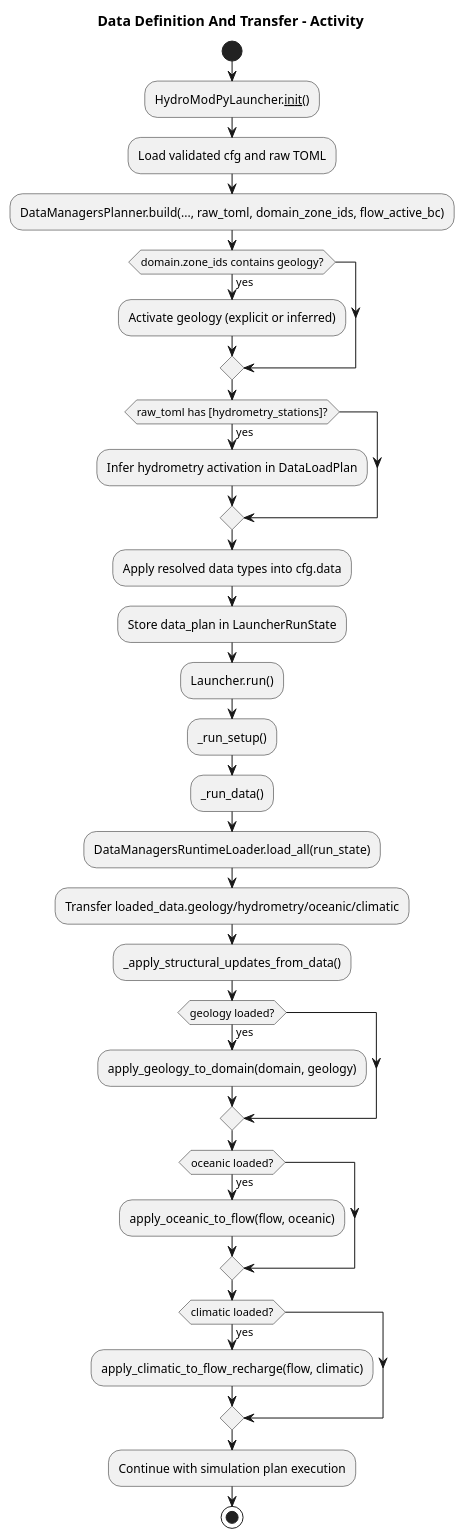
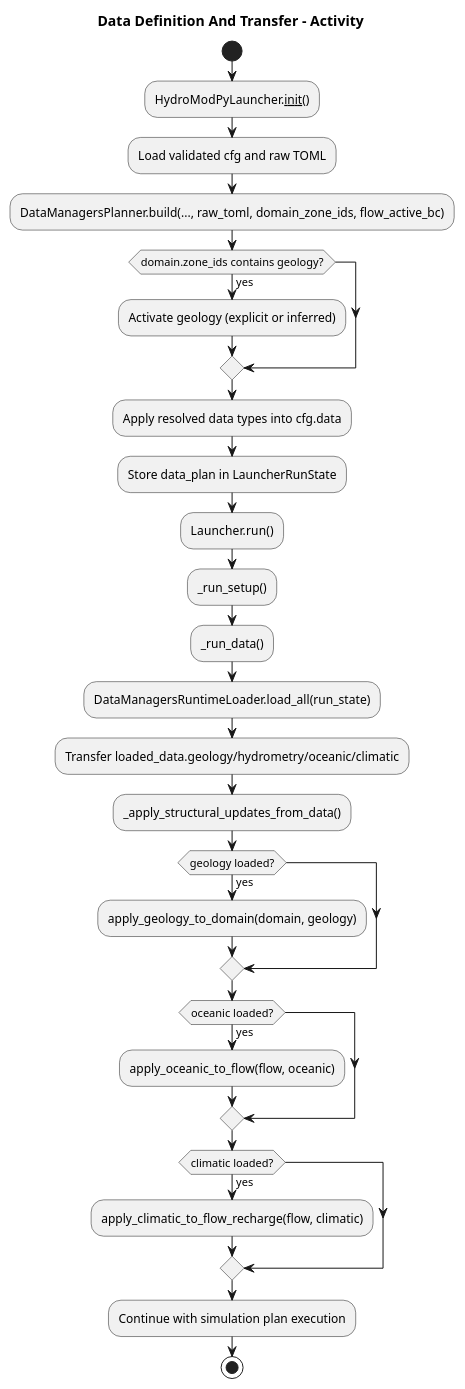
Before and after one commit to HydroModPy/HydroModPy: the diagram in docs/readthedocs/source/architecture/data_loading/diagrams/data_definition_transfer_activity.wsd, drawn with PlantUML. The commit also changed 52 other files, not shown here.

```diff
--- a/docs/readthedocs/source/architecture/data_loading/diagrams/data_definition_transfer_activity.wsd
+++ b/docs/readthedocs/source/architecture/data_loading/diagrams/data_definition_transfer_activity.wsd
@@ -1,39 +1,36 @@
 @startuml
 title Data Definition And Transfer - Activity
 
 start
 
 :HydroModPyLauncher.__init__();
 :Load validated cfg and raw TOML;
 
 :DataManagersPlanner.build(..., raw_toml, domain_zone_ids, flow_active_bc);
 if (domain.zone_ids contains geology?) then (yes)
   :Activate geology (explicit or inferred);
-endif
-if (raw_toml has [hydrometry_stations]?) then (yes)
-  :Infer hydrometry activation in DataLoadPlan;
 endif
 :Apply resolved data types into cfg.data;
 :Store data_plan in LauncherRunState;
 
 :Launcher.run();
 :_run_setup();
 
 :_run_data();
 :DataManagersRuntimeLoader.load_all(run_state);
 :Transfer loaded_data.geology/hydrometry/oceanic/climatic;
 
 :_apply_structural_updates_from_data();
 if (geology loaded?) then (yes)
   :apply_geology_to_domain(domain, geology);
 endif
 if (oceanic loaded?) then (yes)
   :apply_oceanic_to_flow(flow, oceanic);
 endif
 if (climatic loaded?) then (yes)
   :apply_climatic_to_flow_recharge(flow, climatic);
 endif
 
 :Continue with simulation plan execution;
 stop
 @enduml
```
